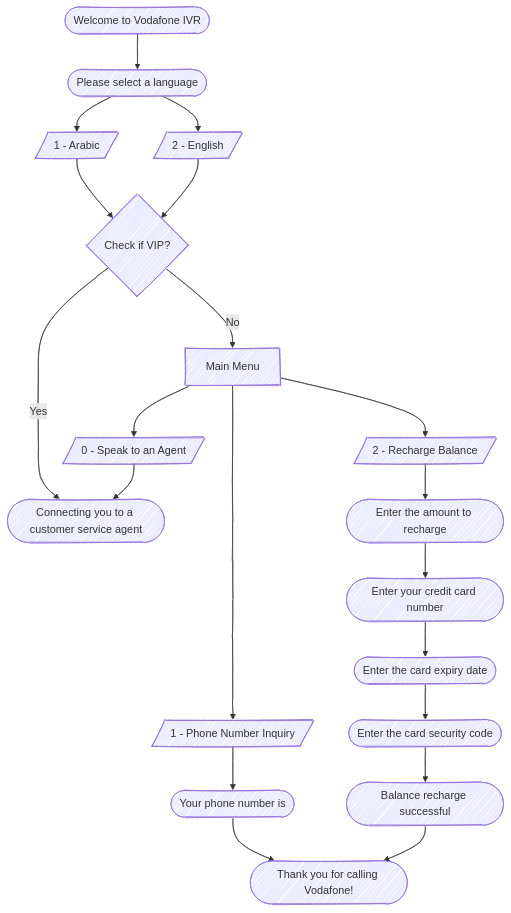
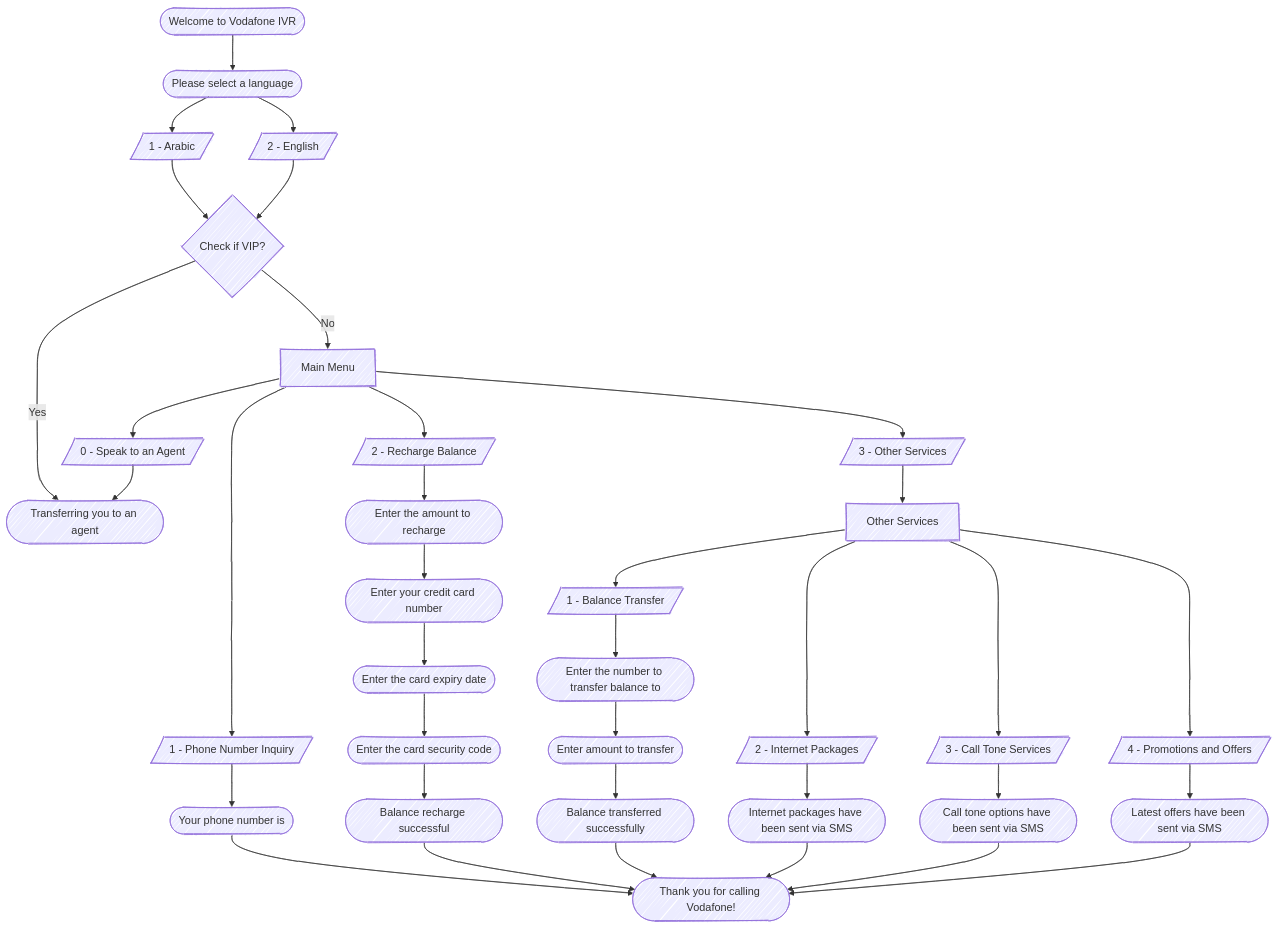
One commit to moazmohamed20-ist/internship-material changed the diagram in Slides/Markdown/Project 1 - Telecom IVR.md. Above: the diagram before and after it, drawn with Mermaid. The commit also changed other lines of this file and 9 other files, not shown here.

````diff
--- a/Slides/Markdown/Project 1 - Telecom IVR.md
+++ b/Slides/Markdown/Project 1 - Telecom IVR.md
@@ -5,28 +5,37 @@
 ```mermaid
 ---
 config:
   layout: dagre
   look: handDrawn
 ---
 flowchart TD
     A(["Welcome to Vodafone IVR"]) --> A1(["Please select a language"])
     A1 --> L1[/"1 - Arabic"/] & L2[/"2 - English"/]
 
     L1 --> V{"Check if VIP?"}
     L2 --> V
-    V -- Yes --> K(["Connecting you to a customer service agent"])
+    V -- Yes --> K(["Transferring you to an agent"])
+
     V -- No --> B["Main Menu"]
-
-    B --> C1[/"1 - Phone Number Inquiry"/] & C2[/"2 - Recharge Balance"/] & C3[/"0 - Speak to an Agent"/]
+    B --> C1[/"1 - Phone Number Inquiry"/] & C2[/"2 - Recharge Balance"/] & C3[/"3 - Other Services"/] & C4[/"0 - Speak to an Agent"/]
 
     C1 --> D1(["Your phone number is"])
     D1 --> Z(["Thank you for calling Vodafone!"])
 
     C2 --> E1(["Enter the amount to recharge"])
     E1 --> E2(["Enter your credit card number"])
     E2 --> E3(["Enter the card expiry date"])
     E3 --> E4(["Enter the card security code"])
     E4 --> RS(["Balance recharge successful"]) --> Z
 
-    C3 --> K
+    C3 --> H1["Other Services"]
+    H1 --> I1[/"1 - Balance Transfer"/] & I2[/"2 - Internet Packages"/] & I3[/"3 - Call Tone Services"/] & I4[/"4 - Promotions and Offers"/]
+    I1 --> BT1(["Enter the number to transfer balance to"])
+    BT1 --> BT2(["Enter amount to transfer"])
+    BT2 --> BT3(["Balance transferred successfully"]) --> Z
+    I2 --> IS(["Internet packages have been sent via SMS"]) --> Z
+    I3 --> CS(["Call tone options have been sent via SMS"]) --> Z
+    I4 --> PS(["Latest offers have been sent via SMS"]) --> Z
+
+    C4 --> K
 ```
````
